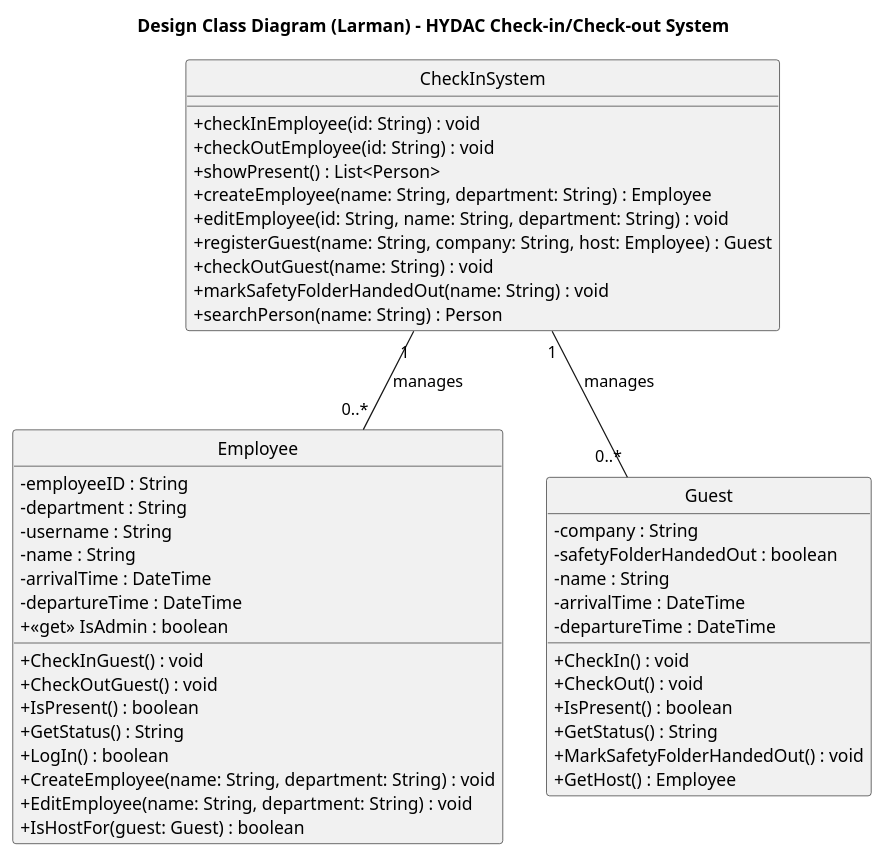
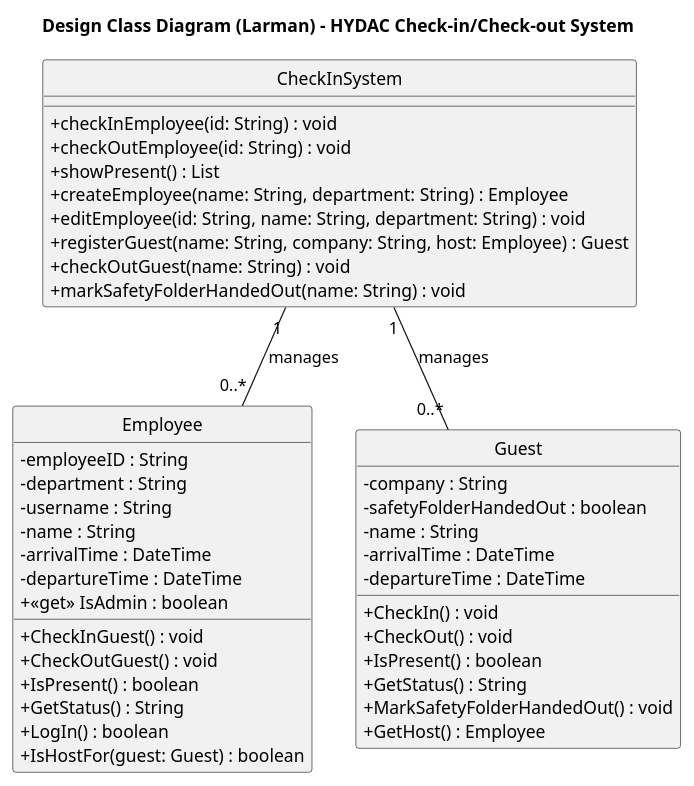
One commit to albla20/HydacTeamA4 changed the diagram in Artifacts/DesignClassDiagram(English).puml. Above: the diagram before and after it, drawn with PlantUML. The commit also changed 1 other file, not shown here.

Commit message:
Rette begge vores DCD til de er final

```diff
--- a/Artifacts/DesignClassDiagram(English).puml
+++ b/Artifacts/DesignClassDiagram(English).puml
@@ -1,55 +1,52 @@
 @startuml DesignClassDiagram
 title Design Class Diagram (Larman) - HYDAC Check-in/Check-out System
 
 hide circle
 skinparam classAttributeIconSize 0
 hide emptymembers
 
 class CheckInSystem {
   + checkInEmployee(id: String) : void
   + checkOutEmployee(id: String) : void
-  + showPresent() : List<Person>
+  + showPresent() : List
   + createEmployee(name: String, department: String) : Employee
   + editEmployee(id: String, name: String, department: String) : void
   + registerGuest(name: String, company: String, host: Employee) : Guest
   + checkOutGuest(name: String) : void
   + markSafetyFolderHandedOut(name: String) : void
-  + searchPerson(name: String) : Person
 }
 
 class Employee {
   - employeeID : String
   - department : String
   - username : String
   - name : String
   - arrivalTime : DateTime
   - departureTime : DateTime
   + <<get>> IsAdmin : boolean
   + CheckInGuest() : void
   + CheckOutGuest() : void
   + IsPresent() : boolean
   + GetStatus() : String
   + LogIn() : boolean
-  + CreateEmployee(name: String, department: String) : void
-  + EditEmployee(name: String, department: String) : void
   + IsHostFor(guest: Guest) : boolean
 }
 
 class Guest {
   - company : String
   - safetyFolderHandedOut : boolean
   - name : String
   - arrivalTime : DateTime
   - departureTime : DateTime
   + CheckIn() : void
   + CheckOut() : void
   + IsPresent() : boolean
   + GetStatus() : String
   + MarkSafetyFolderHandedOut() : void
   + GetHost() : Employee
 }
 
 CheckInSystem "1" -- "0..*" Employee : manages
 CheckInSystem "1" -- "0..*" Guest : manages
 
 @enduml
```
